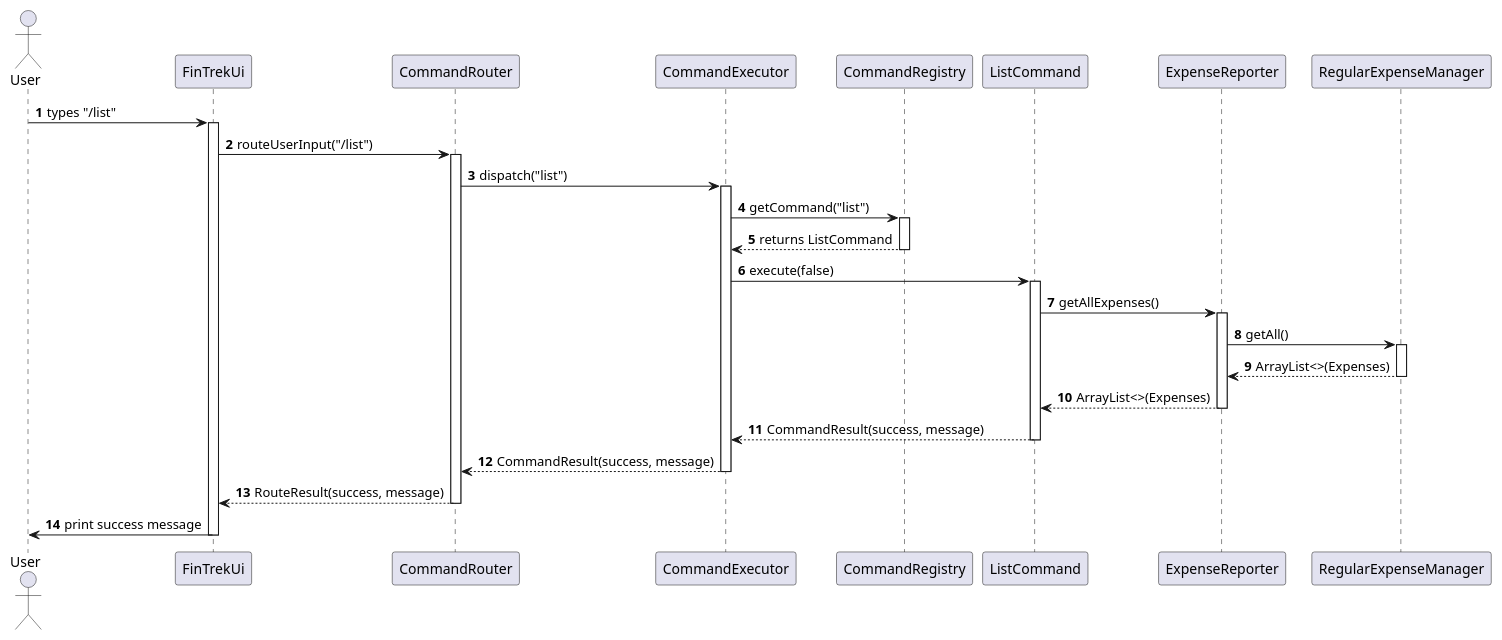
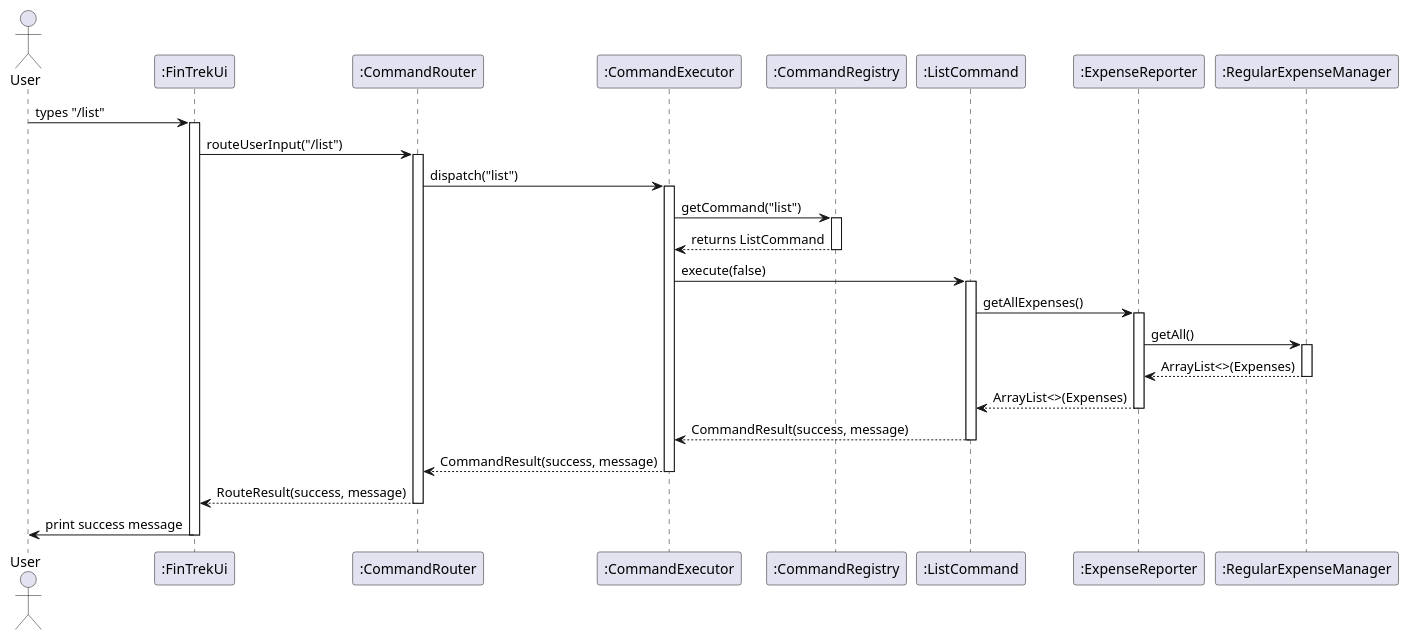
The diagram in docs/diagrams/sequence/list.puml (randust/tp), drawn with PlantUML before and after one commit. The commit also changed 5 other files, not shown here.

Commit message:
Update Sequence Diagrams

```diff
--- a/docs/diagrams/sequence/list.puml
+++ b/docs/diagrams/sequence/list.puml
@@ -1,56 +1,55 @@
 @startuml
 'https://plantuml.com/sequence-diagram
 
-autonumber
 actor User
-participant "FinTrekUi" as FinTrek
-participant "CommandRouter" as Router
-participant "CommandExecutor" as Executor
-participant "CommandRegistry" as Registry
-participant "ListCommand" as ListCmd
-participant "ExpenseReporter" as ExpenseSvc
-participant "RegularExpenseManager" as RegExpMgr
+participant ":FinTrekUi" as FinTrek
+participant ":CommandRouter" as Router
+participant ":CommandExecutor" as Executor
+participant ":CommandRegistry" as Registry
+participant ":ListCommand" as ListCmd
+participant ":ExpenseReporter" as ExpenseSvc
+participant ":RegularExpenseManager" as RegExpMgr
 
 User -> FinTrek : types "/list"
 activate FinTrek
 
 FinTrek -> Router : routeUserInput("/list")
 activate Router
 
 Router -> Executor : dispatch("list")
 activate Executor
 
 Executor -> Registry : getCommand("list")
 activate Registry
 
 Registry --> Executor : returns ListCommand
 deactivate Registry
 
 Executor -> ListCmd : execute(false)
 activate ListCmd
 
 ListCmd -> ExpenseSvc : getAllExpenses()
 activate ExpenseSvc
 
 ExpenseSvc -> RegExpMgr : getAll()
 activate RegExpMgr
 
 RegExpMgr --> ExpenseSvc : ArrayList<>(Expenses)
 deactivate RegExpMgr
 
 ExpenseSvc --> ListCmd : ArrayList<>(Expenses)
 deactivate ExpenseSvc
 
 ListCmd --> Executor : CommandResult(success, message)
 deactivate ListCmd
 
 Executor --> Router : CommandResult(success, message)
 deactivate Executor
 
 Router --> FinTrek : RouteResult(success, message)
 deactivate Router
 
 FinTrek -> User : print success message
 deactivate FinTrek
 
 @enduml
```
